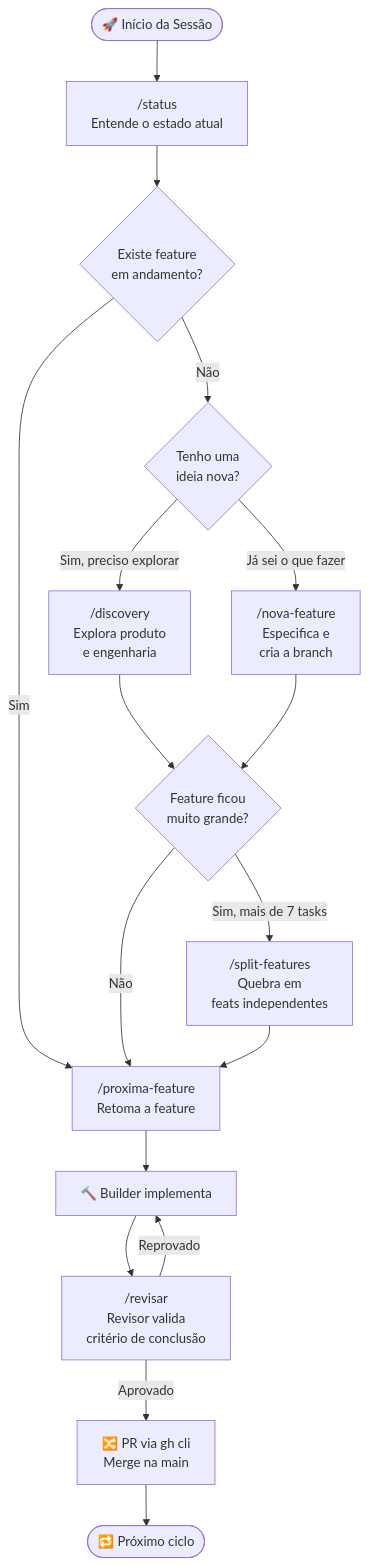
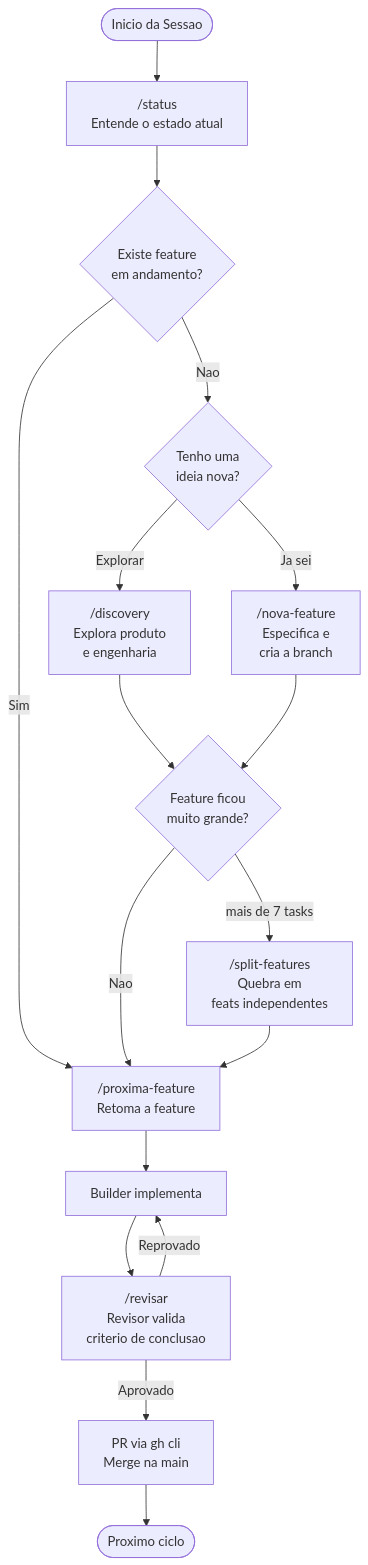
Before and after one commit to nathanramorim/forge-sdd: the first of 4 diagrams in npm/README.md, drawn with Mermaid. The commit also changed other lines of this file, not shown here.

Commit message:
fix(npm-readme): corrige diagramas Mermaid (br ao inves de \n, remove emojis)

````diff
--- a/npm/README.md
+++ b/npm/README.md
@@ -75,19 +75,19 @@
 ```mermaid
 flowchart TD
-    A([🚀 Início da Sessão]) --> B["/status<br/>Entende o estado atual"]
+    A([Inicio da Sessao]) --> B["/status<br/>Entende o estado atual"]
     B --> C{"Existe feature<br/>em andamento?"}
     C -- Sim --> D["/proxima-feature<br/>Retoma a feature"]
-    C -- Não --> E{"Tenho uma<br/>ideia nova?"}
-    E -- "Sim, preciso explorar" --> F["/discovery<br/>Explora produto<br/>e engenharia"]
-    E -- "Já sei o que fazer" --> G["/nova-feature<br/>Especifica e<br/>cria a branch"]
+    C -- Nao --> E{"Tenho uma<br/>ideia nova?"}
+    E -- Explorar --> F["/discovery<br/>Explora produto<br/>e engenharia"]
+    E -- Ja sei --> G["/nova-feature<br/>Especifica e<br/>cria a branch"]
     F --> H{"Feature ficou<br/>muito grande?"}
     G --> H
-    H -- "Sim, mais de 7 tasks" --> I["/split-features<br/>Quebra em<br/>feats independentes"]
-    H -- Não --> D
+    H -- mais de 7 tasks --> I["/split-features<br/>Quebra em<br/>feats independentes"]
+    H -- Nao --> D
     I --> D
-    D --> J["🔨 Builder implementa"]
-    J --> K["/revisar<br/>Revisor valida<br/>critério de conclusão"]
-    K -- Aprovado --> L["🔀 PR via gh cli<br/>Merge na main"]
+    D --> J["Builder implementa"]
+    J --> K["/revisar<br/>Revisor valida<br/>criterio de conclusao"]
+    K -- Aprovado --> L["PR via gh cli<br/>Merge na main"]
     K -- Reprovado --> J
-    L --> M([🔁 Próximo ciclo])
+    L --> M([Proximo ciclo])
 ```
````
